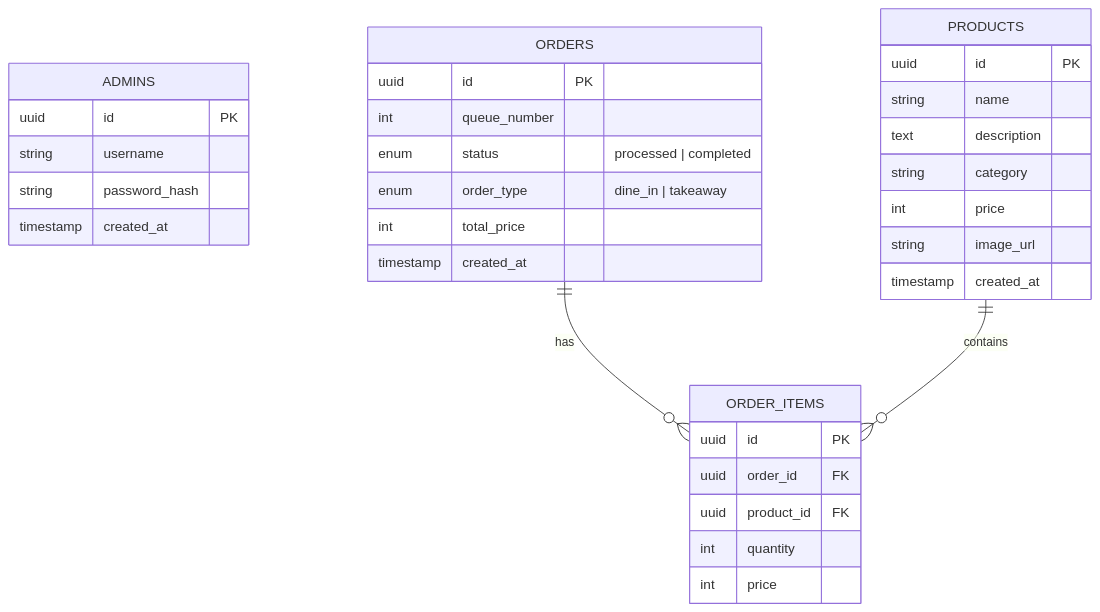
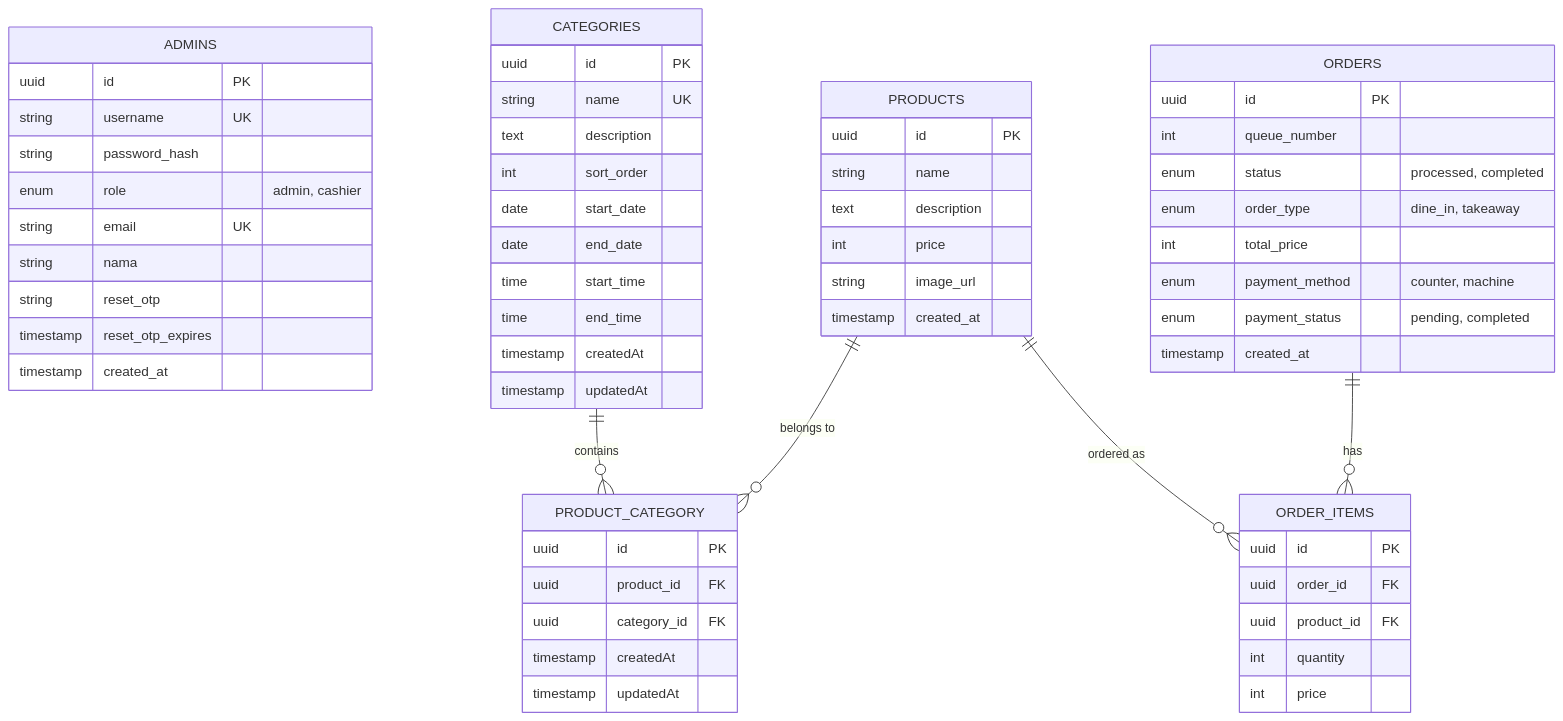
The diagram in ERD.mmd (SteveWill-iam/tubes_pbp1), drawn with Mermaid before and after one commit. The commit also changed 2 other files, not shown here.

Commit message:
update ERD

```diff
--- a/ERD.mmd
+++ b/ERD.mmd
@@ -1,38 +1,66 @@
 erDiagram
-
     ADMINS {
         uuid id PK
-        string username
+        string username UK
         string password_hash
+        enum role "admin, cashier"
+        string email UK
+        string nama
+        string reset_otp
+        timestamp reset_otp_expires
         timestamp created_at
+    }
+
+    CATEGORIES {
+        uuid id PK
+        string name UK
+        text description
+        int sort_order
+        date start_date
+        date end_date
+        time start_time
+        time end_time
+        timestamp createdAt
+        timestamp updatedAt
     }
 
     PRODUCTS {
         uuid id PK
         string name
         text description
-        string category
         int price
         string image_url
         timestamp created_at
     }
 
+    PRODUCT_CATEGORY {
+        uuid id PK
+        uuid product_id FK
+        uuid category_id FK
+        timestamp createdAt
+        timestamp updatedAt
+    }
+
     ORDERS {
         uuid id PK
         int queue_number
-        enum status "processed | completed"
-        enum order_type "dine_in | takeaway"
+        enum status "processed, completed"
+        enum order_type "dine_in, takeaway"
         int total_price
+        enum payment_method "counter, machine"
+        enum payment_status "pending, completed"
         timestamp created_at
     }
 
     ORDER_ITEMS {
         uuid id PK
         uuid order_id FK
         uuid product_id FK
         int quantity
         int price
     }
 
-    ORDERS ||--o{ ORDER_ITEMS : has
-    PRODUCTS ||--o{ ORDER_ITEMS : contains
+    CATEGORIES ||--o{ PRODUCT_CATEGORY : contains
+    PRODUCTS ||--o{ PRODUCT_CATEGORY : "belongs to"
+    PRODUCTS ||--o{ ORDER_ITEMS : "ordered as"
+    ORDERS ||--o{ ORDER_ITEMS : "has"
```
